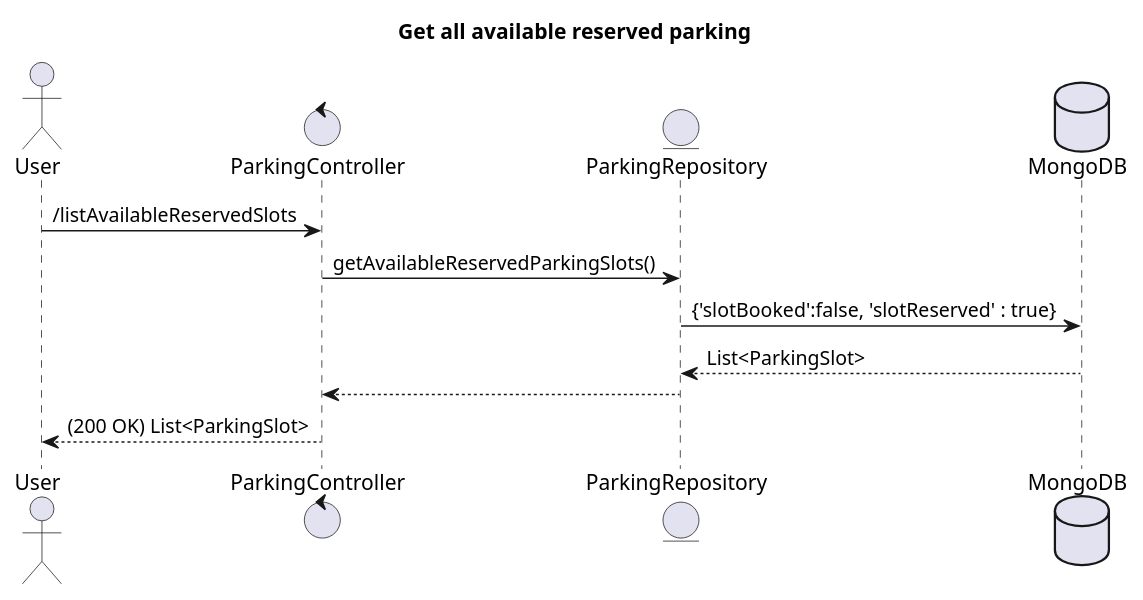
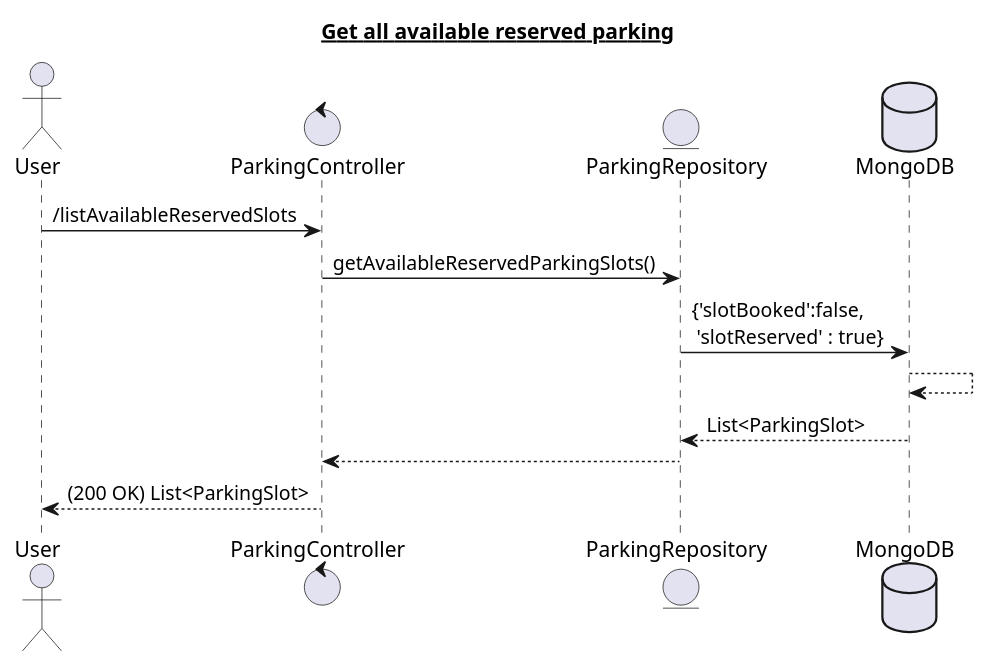
The diagram in flows/parking/getAvailableReservedParkingSlots.puml (Akash-k-hub/ParkingLot), drawn with PlantUML before and after one commit. The commit also changed 19 other files, not shown here.

```diff
--- a/flows/parking/getAvailableReservedParkingSlots.puml
+++ b/flows/parking/getAvailableReservedParkingSlots.puml
@@ -1,16 +1,17 @@
 @startuml
-title "Get all available reserved parking"
+title <U> Get all available reserved parking
 
 actor User
 control "ParkingController" as Controller
 entity ParkingRepository as Dao
 database MongoDB as DB
 
 User -> Controller : /listAvailableReservedSlots
 Controller -> Dao : getAvailableReservedParkingSlots()
-Dao -> DB : {'slotBooked':false, 'slotReserved' : true}
+Dao -> DB : {'slotBooked':false,\n 'slotReserved' : true}
+DB --> DB
 DB --> Dao : List<ParkingSlot>
 Dao --> Controller
 Controller --> User : (200 OK) List<ParkingSlot>
 
 @enduml
```
